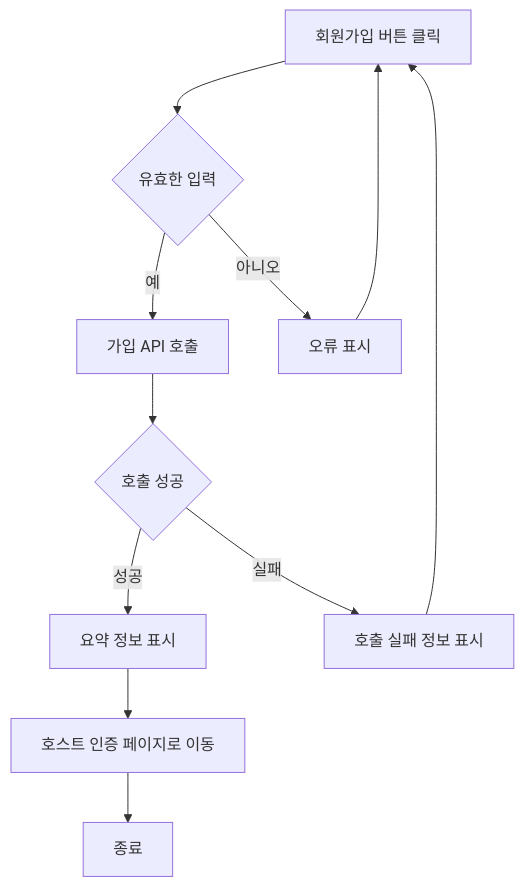
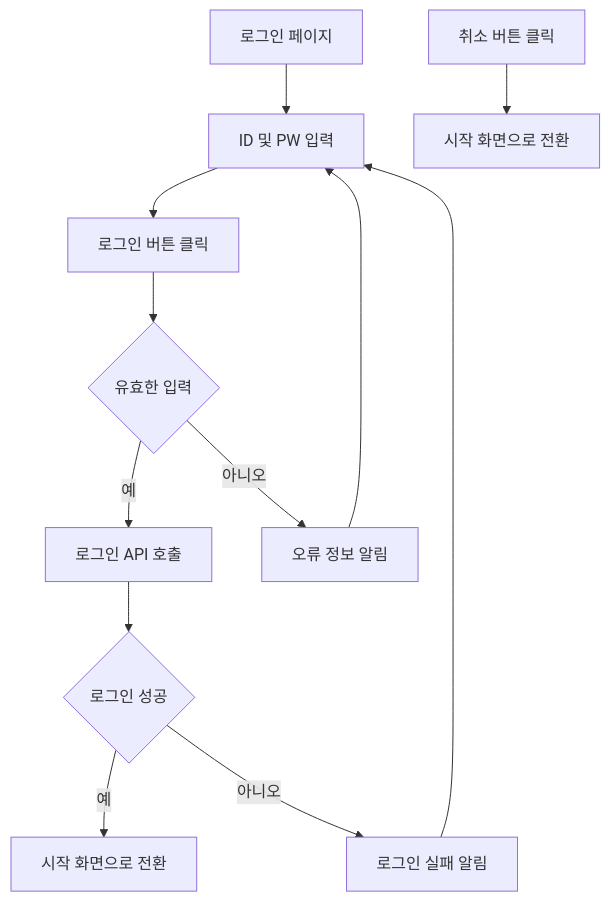
One commit to red-dev-Mark/devcamp-onboarding-project-Team-2 changed the first of 7 diagrams in design/기능정의서.md. Above: the diagram before and after it, drawn with Mermaid. The commit also changed other lines of this file, not shown here.

````diff
--- a/design/기능정의서.md
+++ b/design/기능정의서.md
@@ -36,13 +32,15 @@
 ```mermaid
 flowchart TD
-    A[회원가입 버튼 클릭] --> B[입력 항목 유효성 검증]
-    B{유효한 입력} -- 예 --> C[가입 API 호출]
-    B{유효한 입력} -- 아니오 --> D[오류 표시]
-    D --> A
-    C --> E{호출 성공}
-    E -- 성공 --> F[요약 정보 표시]
-    F --> G[호스트 인증 페이지로 이동]
-    E -- 실패 --> H[호출 실패 정보 표시]
-    H --> A
-    G --> Z[종료]
+A[로그인 페이지] --> B[ID 및 PW 입력]
+    B --> C[로그인 버튼 클릭]
+    C --> D[입력 항목 유효성 검증]
+    D{유효한 입력} -- 예 --> E[로그인 API 호출]
+    D -- 아니오 --> F[오류 정보 알림]
+    F --> B
+    E --> G{로그인 성공}
+    G -- 예 --> H[시작 화면으로 전환]
+    G -- 아니오 --> I[로그인 실패 알림]
+    I --> B
+
+    J[취소 버튼 클릭] --> K[시작 화면으로 전환]
 ```
````
